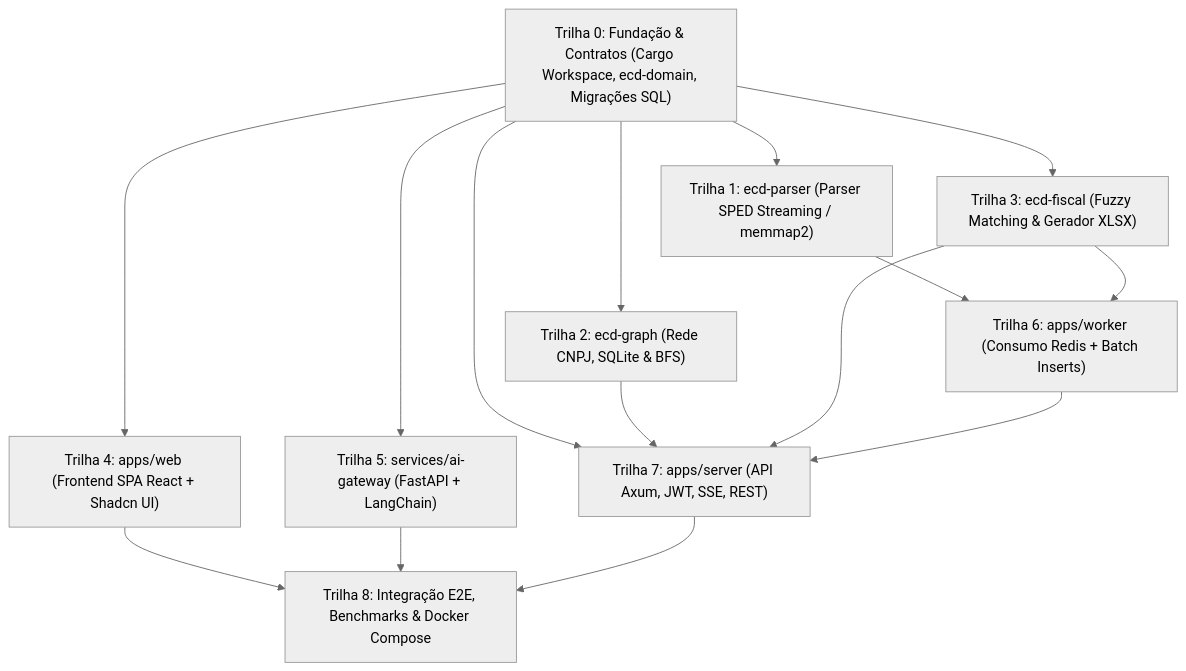
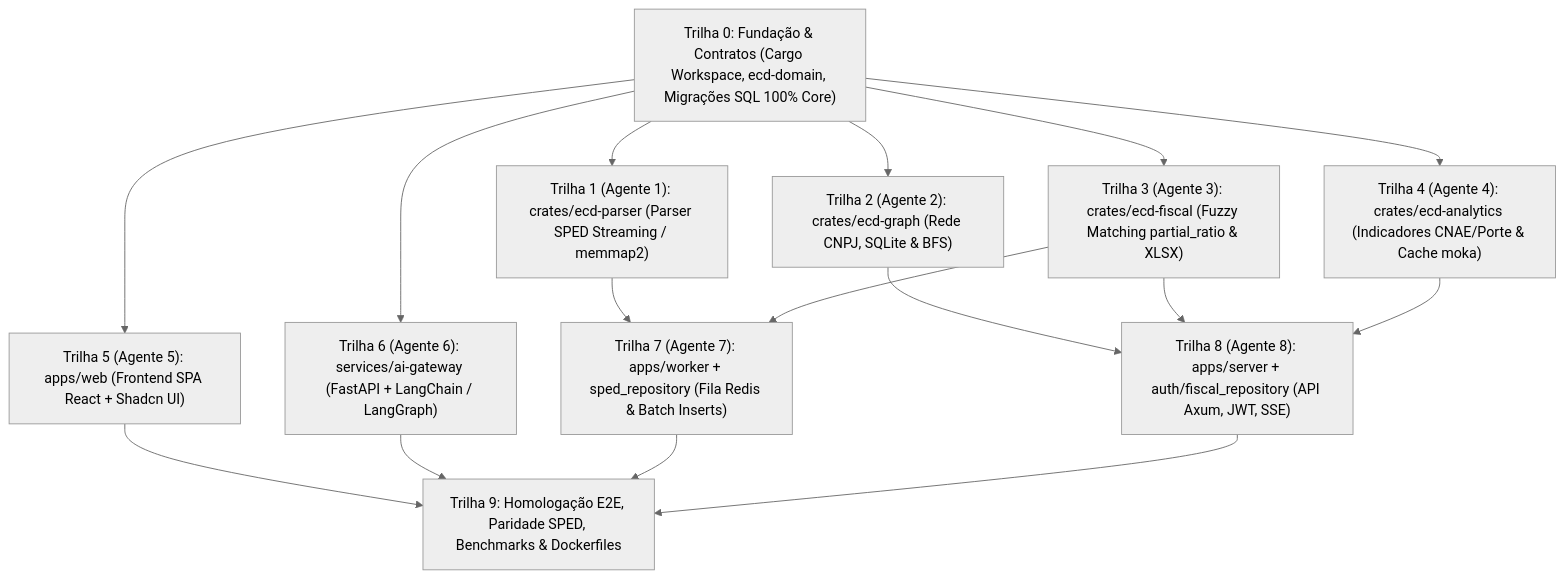
The diagram in TASKS.md (pizanao/rust-sped-analitycs), drawn with Mermaid (neutral theme) before and after one commit. The commit also changed other lines of this file and 13 other files, not shown here.

Commit message:
chore(arch): alinhar paridade 100% schema core, contratos multi-agentes e criar MEMORY.md

````diff
--- a/TASKS.md
+++ b/TASKS.md
@@ -12,22 +12,23 @@
 ```mermaid
 graph TD
-    T0["Trilha 0: Fundação & Contratos (Cargo Workspace, ecd-domain, Migrações SQL)"]
+    T0["Trilha 0: Fundação & Contratos (Cargo Workspace, ecd-domain, Migrações SQL 100% Core)"]
     
-    T0 --> T1["Trilha 1: ecd-parser (Parser SPED Streaming / memmap2)"]
-    T0 --> T2["Trilha 2: ecd-graph (Rede CNPJ, SQLite & BFS)"]
-    T0 --> T3["Trilha 3: ecd-fiscal (Fuzzy Matching & Gerador XLSX)"]
-    T0 --> T4["Trilha 4: apps/web (Frontend SPA React + Shadcn UI)"]
-    T0 --> T5["Trilha 5: services/ai-gateway (FastAPI + LangChain)"]
+    T0 --> T1["Trilha 1 (Agente 1): crates/ecd-parser (Parser SPED Streaming / memmap2)"]
+    T0 --> T2["Trilha 2 (Agente 2): crates/ecd-graph (Rede CNPJ, SQLite & BFS)"]
+    T0 --> T3["Trilha 3 (Agente 3): crates/ecd-fiscal (Fuzzy Matching partial_ratio & XLSX)"]
+    T0 --> T4["Trilha 4 (Agente 4): crates/ecd-analytics (Indicadores CNAE/Porte & Cache moka)"]
+    T0 --> T5["Trilha 5 (Agente 5): apps/web (Frontend SPA React + Shadcn UI)"]
+    T0 --> T6["Trilha 6 (Agente 6): services/ai-gateway (FastAPI + LangChain / LangGraph)"]
     
-    T1 --> T6["Trilha 6: apps/worker (Consumo Redis + Batch Inserts)"]
-    T3 --> T6
+    T1 --> T7["Trilha 7 (Agente 7): apps/worker + sped_repository (Fila Redis & Batch Inserts)"]
+    T3 --> T7
     
-    T0 --> T7["Trilha 7: apps/server (API Axum, JWT, SSE, REST)"]
-    T2 --> T7
-    T3 --> T7
-    T6 --> T7
+    T2 --> T8["Trilha 8 (Agente 8): apps/server + auth/fiscal_repository (API Axum, JWT, SSE)"]
+    T3 --> T8
+    T4 --> T8
     
-    T4 --> T8["Trilha 8: Integração E2E, Benchmarks & Docker Compose"]
-    T5 --> T8
-    T7 --> T8
+    T5 --> T9["Trilha 9: Homologação E2E, Paridade SPED, Benchmarks & Dockerfiles"]
+    T6 --> T9
+    T7 --> T9
+    T8 --> T9
 ```
````
